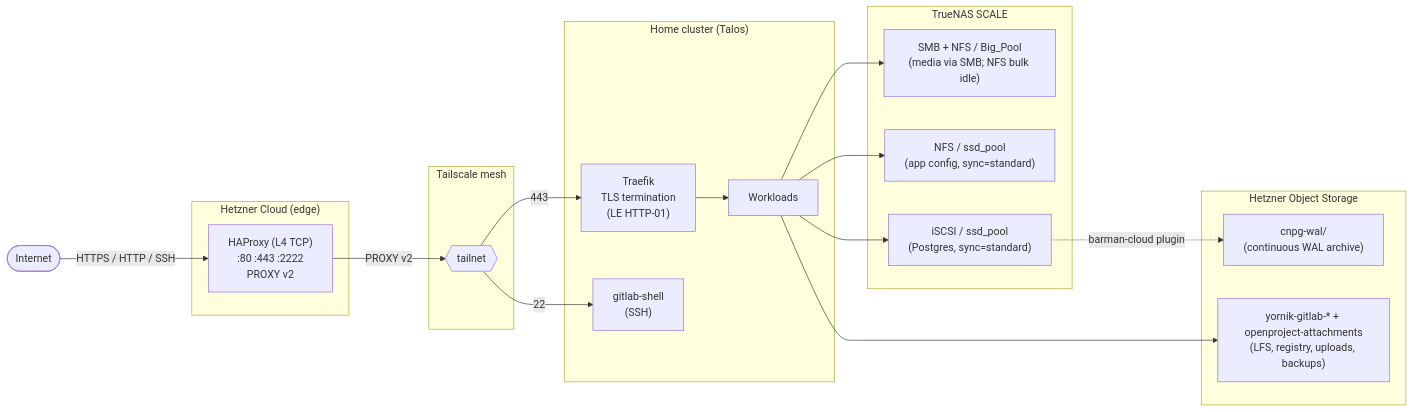
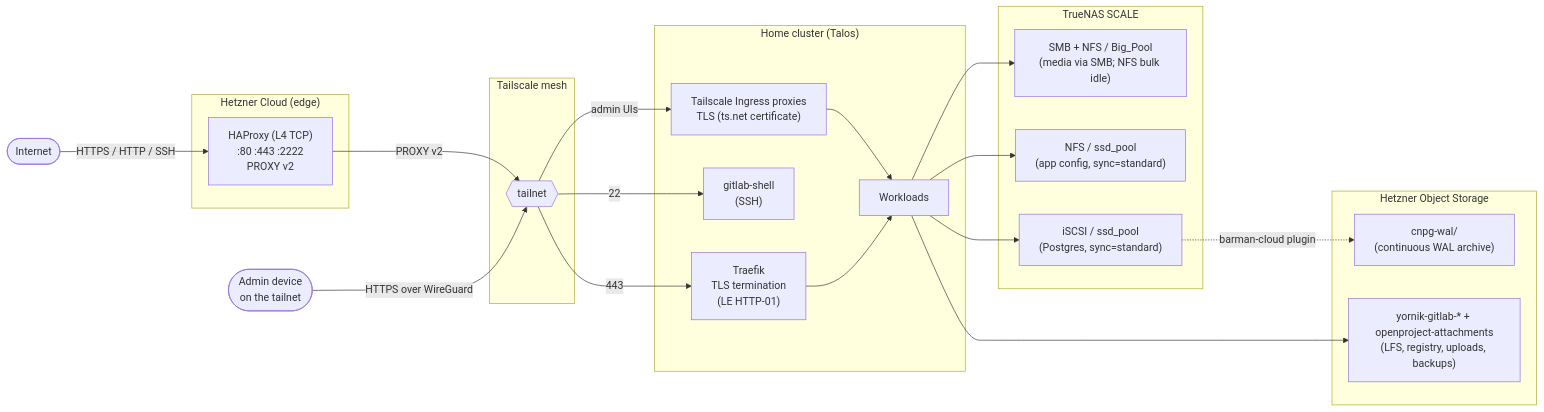
One commit to Yornik/sharkshere-gitops changed the diagram in docs/tech/README.md. Above: the diagram before and after it, drawn with Mermaid. The commit also changed other lines of this file and 2 other files, not shown here.

````diff
--- a/docs/tech/README.md
+++ b/docs/tech/README.md
@@ -34,35 +36,40 @@
 ```mermaid
 flowchart LR
   Internet([Internet])
+  Admin([Admin device<br/>on the tailnet])
   subgraph Hetzner["Hetzner Cloud (edge)"]
     HAProxy["HAProxy (L4 TCP)<br/>:80 :443 :2222<br/>PROXY v2"]
   end
   subgraph TS["Tailscale mesh"]
     Mesh{{tailnet}}
   end
   subgraph Home["Home cluster (Talos)"]
     Traefik["Traefik<br/>TLS termination<br/>(LE HTTP-01)"]
     Apps[Workloads]
     GitlabShell["gitlab-shell<br/>(SSH)"]
+    TSProxy["Tailscale Ingress proxies<br/>TLS (ts.net certificate)"]
   end
   subgraph NAS["TrueNAS SCALE"]
     HDD["SMB + NFS / Big_Pool<br/>(media via SMB; NFS bulk idle)"]
     SSD_NFS["NFS / ssd_pool<br/>(app config, sync=standard)"]
     SSD_iSCSI["iSCSI / ssd_pool<br/>(Postgres, sync=standard)"]
   end
   subgraph S3["Hetzner Object Storage"]
     WAL["cnpg-wal/<br/>(continuous WAL archive)"]
     Buckets["yornik-gitlab-* + openproject-attachments<br/>(LFS, registry, uploads, backups)"]
   end
 
   Internet -->|HTTPS / HTTP / SSH| HAProxy
   HAProxy -->|"PROXY v2"| Mesh
   Mesh -->|443| Traefik
   Mesh -->|22| GitlabShell
+  Admin -->|"HTTPS over WireGuard"| Mesh
+  Mesh -->|admin UIs| TSProxy
+  TSProxy --> Apps
   Traefik --> Apps
   Apps --> HDD
   Apps --> SSD_NFS
   Apps --> SSD_iSCSI
   Apps --> Buckets
   SSD_iSCSI -.barman-cloud plugin.-> WAL
 ```
````
